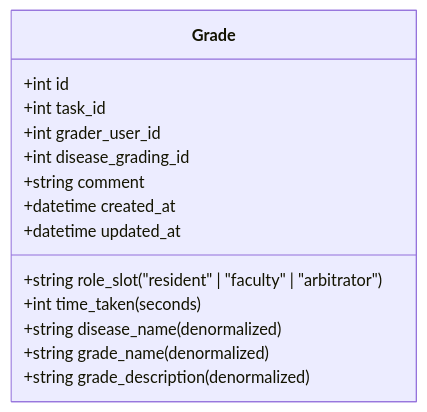
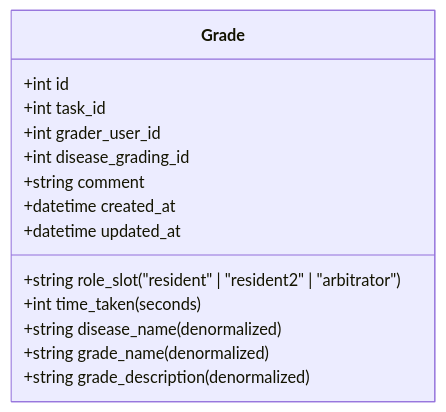
The second of 5 diagrams in docs/04-Grade/flowdiagram.md (drguptavivek/fundus_img_xtract), drawn with Mermaid before and after one commit. The commit also changed other lines of this file and 98 other files, not shown here.

````diff
--- a/docs/04-Grade/flowdiagram.md
+++ b/docs/04-Grade/flowdiagram.md
@@ -59,17 +59,17 @@
 ```mermaid
 classDiagram
     class Grade {
         +int id
         +int task_id
         +int grader_user_id
-        +string role_slot ("resident" | "faculty" | "arbitrator")
+        +string role_slot ("resident" | "resident2" | "arbitrator")
         +int disease_grading_id
         +string comment
         +int time_taken (seconds)
         +datetime created_at
         +datetime updated_at
         +string disease_name (denormalized)
         +string grade_name (denormalized)
         +string grade_description (denormalized)
     }
 ```
````
